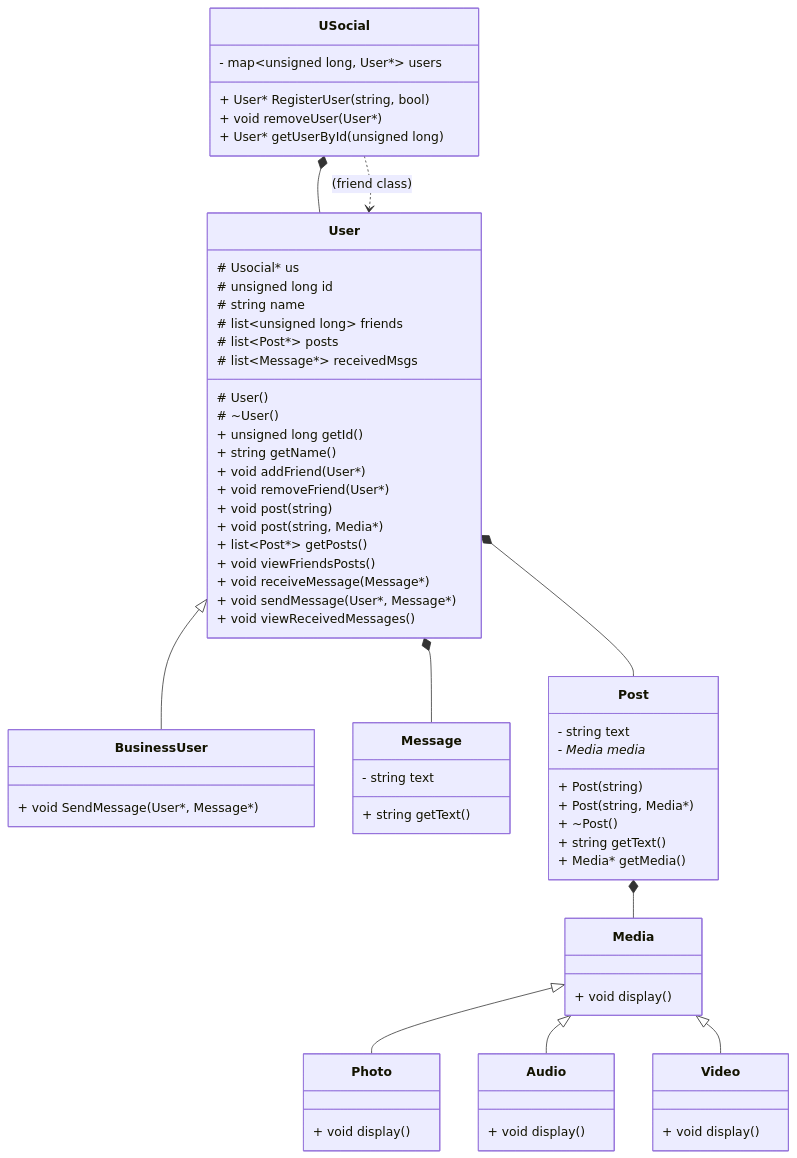
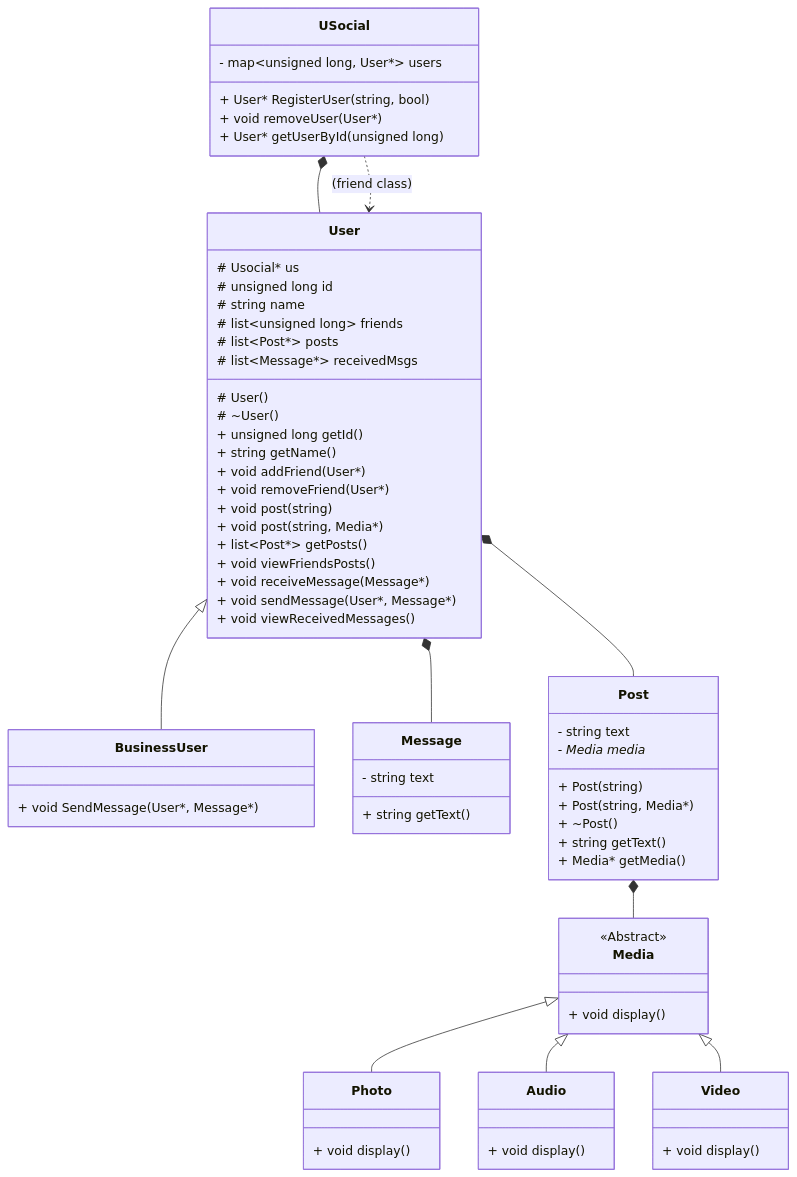
Before and after one commit to Blizmofa/Cpp-USocial: the diagram in README.md, drawn with Mermaid.

````diff
--- a/README.md
+++ b/README.md
@@ -19,77 +19,78 @@
 ```mermaid
 classDiagram
     class USocial{
       + User* RegisterUser(string, bool)
       + void removeUser(User*) 
       + User* getUserById(unsigned long)
      }
     USocial : - map~unsigned long, User*~ users
 
     class User{
       # User()
       # ~User()
       + unsigned long getId()
       + string getName()
       + void addFriend(User*)
       + void removeFriend(User*)
       + void post(string)
       + void post(string, Media*)
       + list~Post*~ getPosts()
       + void viewFriendsPosts()
       + void receiveMessage(Message*)
       + void sendMessage(User*, Message*)
       + void viewReceivedMessages()
      }
     User : # Usocial* us
     User : # unsigned long id
     User : # string name
     User : # list~unsigned long~ friends
     User : # list~Post*~ posts
     User : # list~Message*~ receivedMsgs
     
     class Business User{
       + void SendMessage(User*, Message*)
     }
     
     class Message{
       + string getText()
     }
     Message : - string text
     
     class Post{
       + Post(string)
       + Post(string, Media*)
       + ~Post()
       + string getText()
       + Media* getMedia()
     }
     Post: - string text
     Post: - Media media*
     
     class Media{
       + void display()
     }
+    <<Abstract>> Media
     
     class Photo{
       + void display()
     }
     
     class Audio{
       + void display()
     }
     
     class Video{
       + void display()
     }
     
     USocial *-- User
     USocial ..> User : (friend class)
     User <|-- Business User
     User *-- Message
     User *-- Post
     Post *-- Media
     Media <|-- Photo
     Media <|-- Audio
     Media <|-- Video
     
 ```
````
